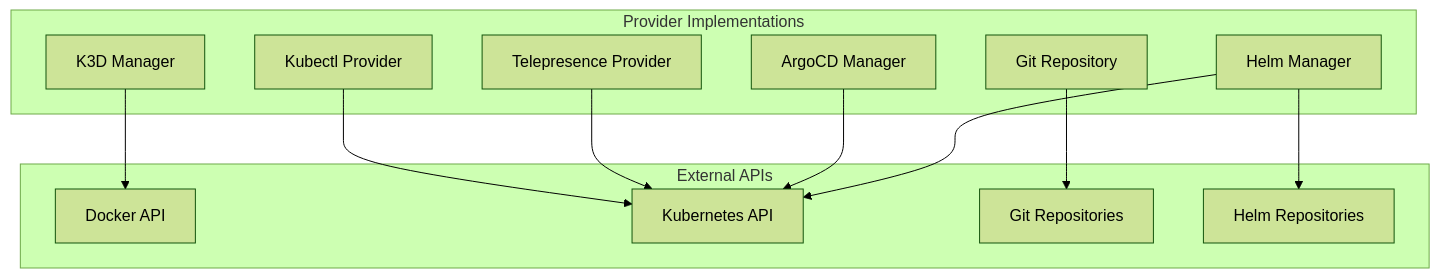
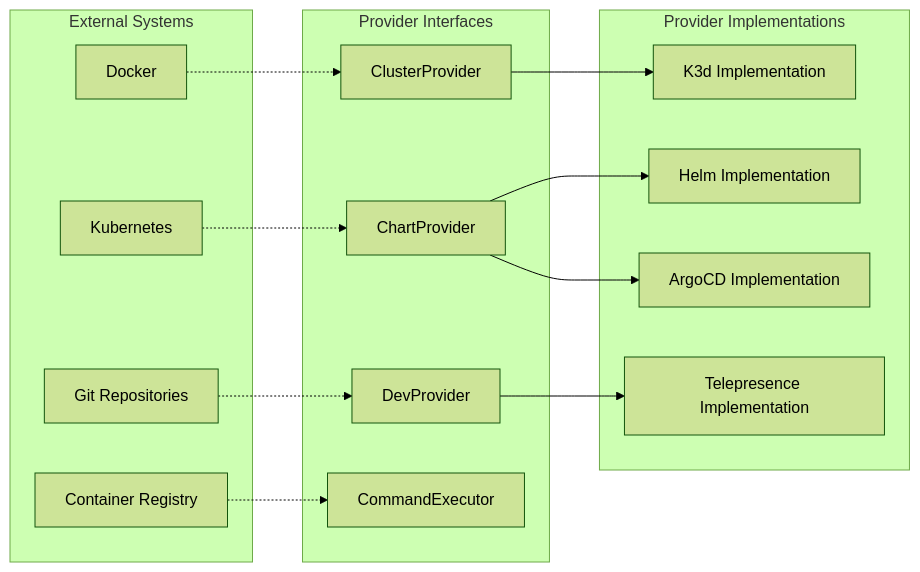
The third of 8 diagrams in docs/development/architecture/overview.md (flamingo-stack/openframe-cli), drawn with Mermaid (forest theme) before and after one commit. The commit also changed other lines of this file and 51 other files, not shown here.

````diff
--- a/docs/development/architecture/overview.md
+++ b/docs/development/architecture/overview.md
@@ -211,26 +192,33 @@
 ```mermaid
-graph TB
-    subgraph "Provider Implementations"
-        K3D[K3D Manager]
-        Helm[Helm Manager]
-        ArgoCD[ArgoCD Manager]
-        Git[Git Repository]
-        Telepresence[Telepresence Provider]
-        Kubectl[Kubectl Provider]
+graph LR
+    subgraph "External Systems"
+        DOCKER[Docker]
+        K8S[Kubernetes]
+        GIT_REMOTE[Git Repositories]
+        REGISTRY[Container Registry]
     end
     
-    subgraph "External APIs"
-        DockerAPI[Docker API]
-        K8sAPI[Kubernetes API]
-        GitAPI[Git Repositories]
-        HelmRepos[Helm Repositories]
+    subgraph "Provider Interfaces"
+        CLUSTER_IF[ClusterProvider]
+        CHART_IF[ChartProvider] 
+        DEV_IF[DevProvider]
+        EXEC_IF[CommandExecutor]
     end
     
-    K3D --> DockerAPI
-    Helm --> K8sAPI
-    Helm --> HelmRepos
-    ArgoCD --> K8sAPI
-    Git --> GitAPI
-    Telepresence --> K8sAPI
-    Kubectl --> K8sAPI
+    subgraph "Provider Implementations"
+        K3D_IMPL[K3d Implementation]
+        HELM_IMPL[Helm Implementation]
+        ARGOCD_IMPL[ArgoCD Implementation]
+        TP_IMPL[Telepresence Implementation]
+    end
+    
+    DOCKER -.-> CLUSTER_IF
+    K8S -.-> CHART_IF
+    GIT_REMOTE -.-> DEV_IF
+    REGISTRY -.-> EXEC_IF
+    
+    CLUSTER_IF --> K3D_IMPL
+    CHART_IF --> HELM_IMPL
+    CHART_IF --> ARGOCD_IMPL
+    DEV_IF --> TP_IMPL
 ```
````
